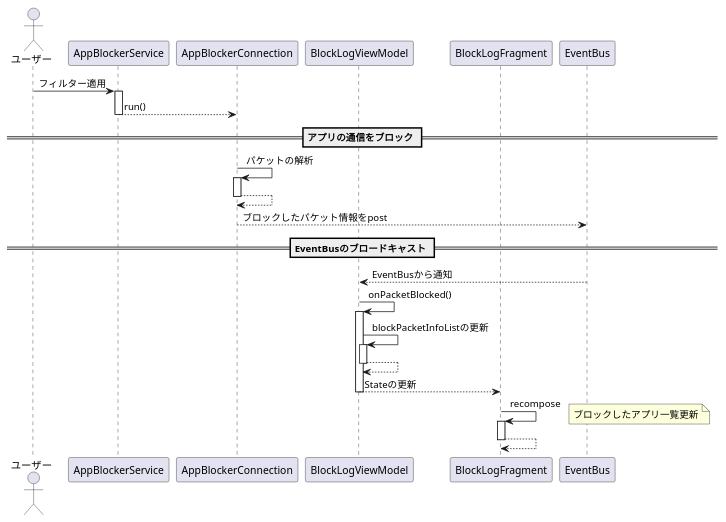
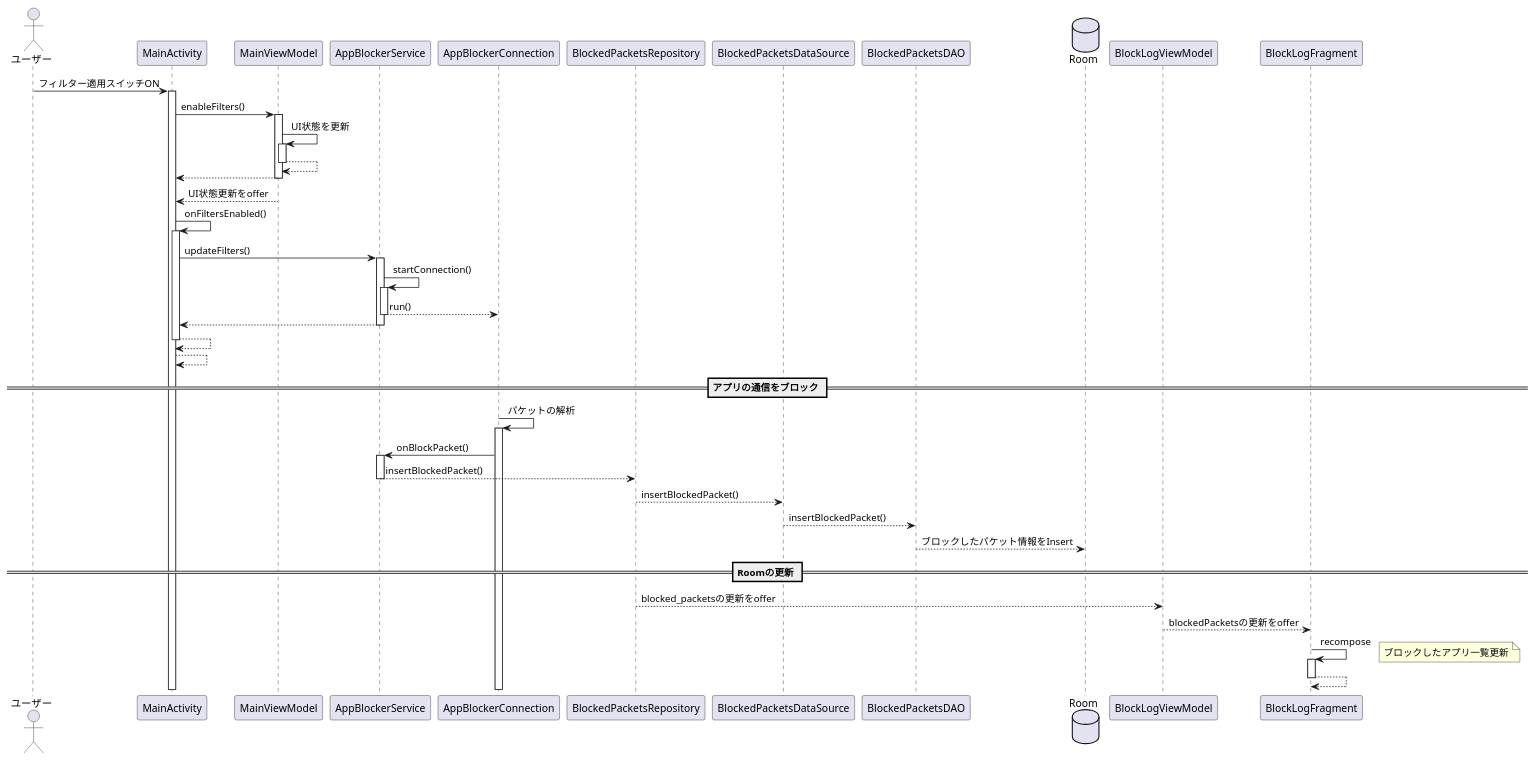
Before and after one commit to CASL0/simple_app_blocker: the second of 2 diagrams in docs/sequence.md, drawn with PlantUML.

Commit message:
ブロックログ更新時のシーケンスを修正

````diff
--- a/docs/sequence.md
+++ b/docs/sequence.md
@@ -63,26 +63,46 @@
 ```plantuml
 @startuml
 autoactivate on
 actor ユーザー as user
+participant MainActivity
+participant MainViewModel
 participant AppBlockerService
 participant AppBlockerConnection
+participant BlockedPacketsRepository
+participant BlockedPacketsDataSource
+participant BlockedPacketsDAO
+database Room
 participant BlockLogViewModel
 participant BlockLogFragment
-participant EventBus
-user -> AppBlockerService : フィルター適用
+
+user -> MainActivity : フィルター適用スイッチON
+MainActivity -> MainViewModel : enableFilters()
+MainViewModel -> MainViewModel : UI状態を更新
+return
+return
+MainActivity <-- MainViewModel : UI状態更新をoffer
+MainActivity -> MainActivity : onFiltersEnabled()
+MainActivity -> AppBlockerService : updateFilters()
+AppBlockerService -> AppBlockerService : startConnection()
 AppBlockerService --> AppBlockerConnection : run()
+return
+return
+return
+
 == アプリの通信をブロック ==
 AppBlockerConnection -> AppBlockerConnection : パケットの解析
-return
-AppBlockerConnection --> EventBus : ブロックしたパケット情報をpost
-== EventBusのブロードキャスト ==
-EventBus --> BlockLogViewModel : EventBusから通知
-BlockLogViewModel -> BlockLogViewModel : onPacketBlocked()
-BlockLogViewModel -> BlockLogViewModel : blockPacketInfoListの更新
-return
-BlockLogViewModel --> BlockLogFragment : Stateの更新
+AppBlockerService <- AppBlockerConnection : onBlockPacket()
+AppBlockerService --> BlockedPacketsRepository : insertBlockedPacket()
+BlockedPacketsRepository --> BlockedPacketsDataSource : insertBlockedPacket()
+BlockedPacketsDataSource --> BlockedPacketsDAO : insertBlockedPacket()
+BlockedPacketsDAO --> Room : ブロックしたパケット情報をInsert
+
+== Roomの更新 ==
+BlockedPacketsRepository --> BlockLogViewModel : blocked_packetsの更新をoffer
+BlockLogViewModel --> BlockLogFragment : blockedPacketsの更新をoffer
 BlockLogFragment -> BlockLogFragment : recompose
 note right : ブロックしたアプリ一覧更新
 return
+
 @enduml
 ```
````
